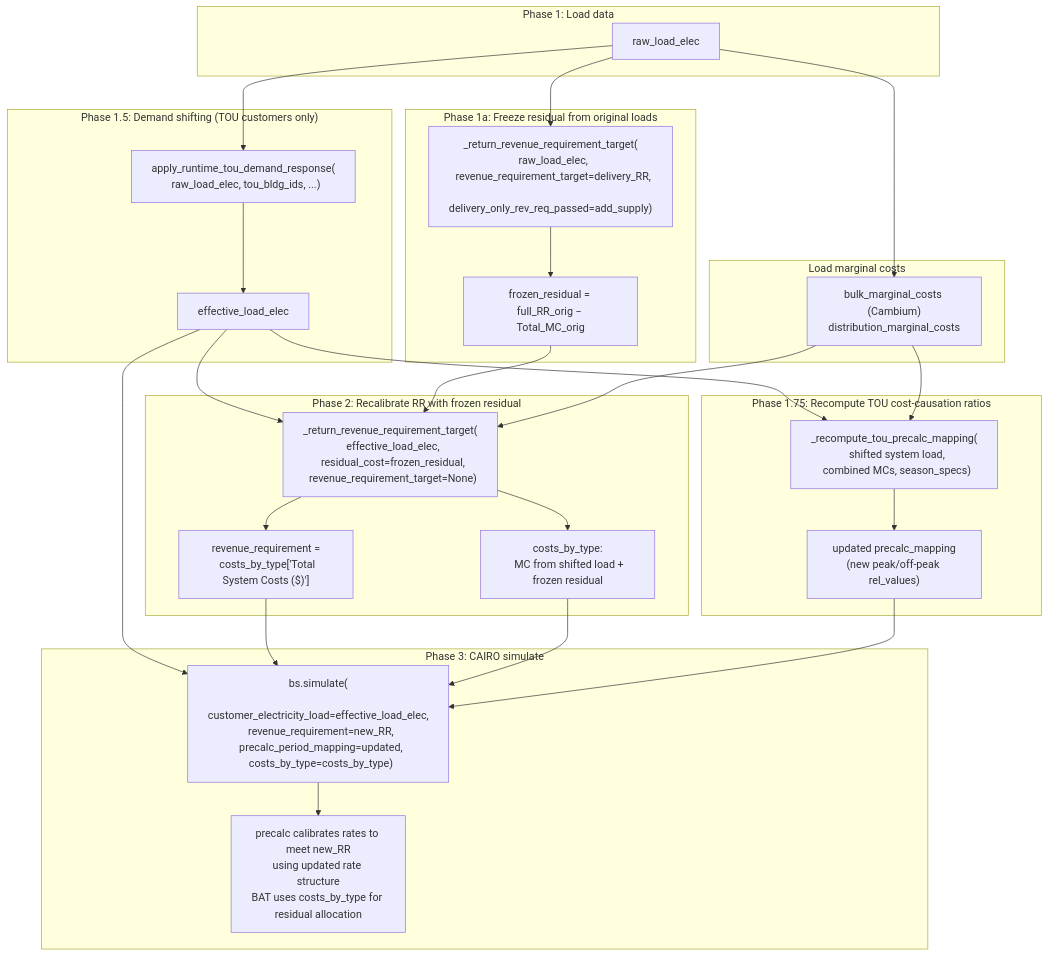
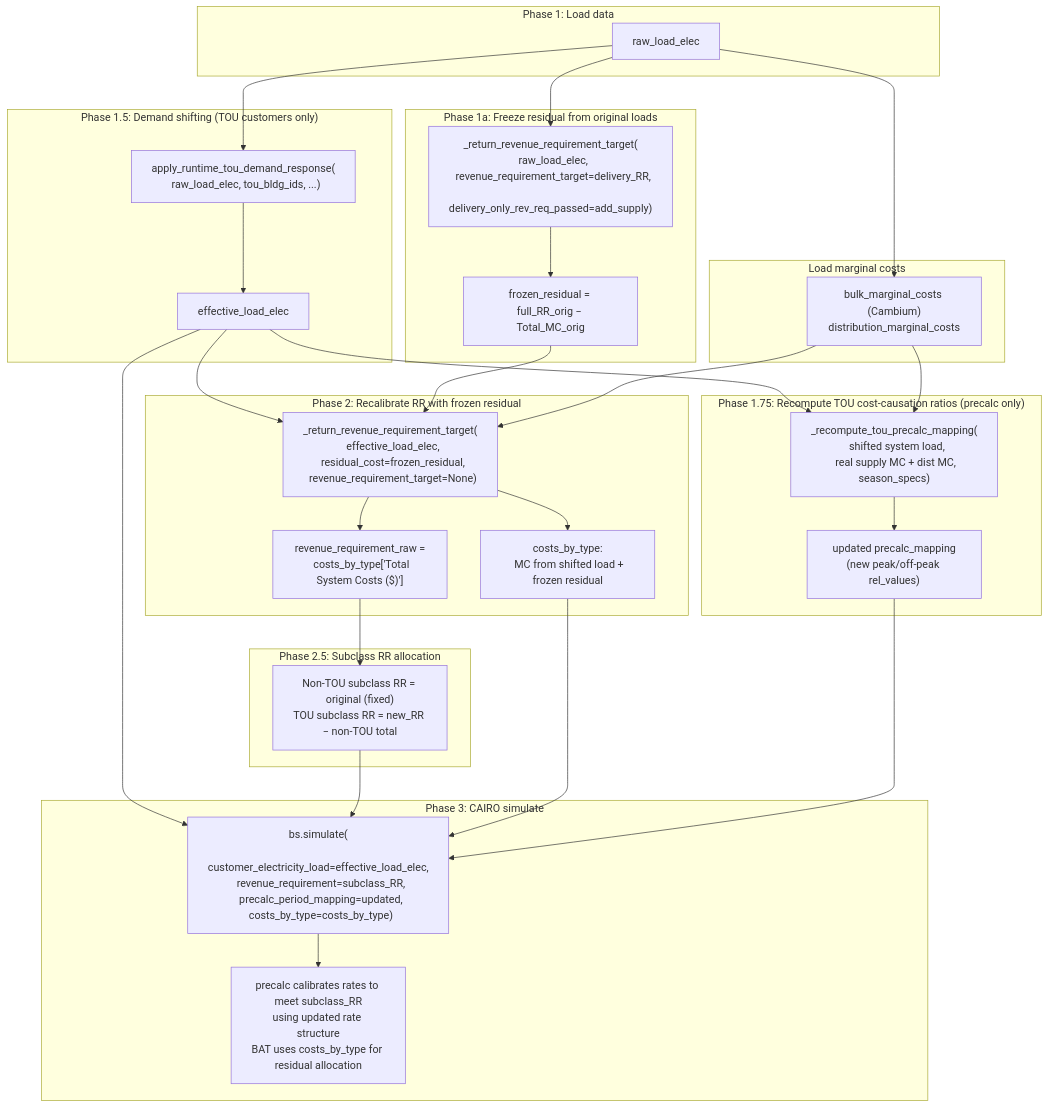
The diagram in context/tools/cairo_demand_flexibility_workflow.md (switchbox-data/rate-design-platform), drawn with Mermaid before and after one commit. The commit also changed other lines of this file and 4 other files, not shown here.

````diff
--- a/context/tools/cairo_demand_flexibility_workflow.md
+++ b/context/tools/cairo_demand_flexibility_workflow.md
@@ -46,42 +46,46 @@
 ```mermaid
 flowchart TD
     subgraph phase1 ["Phase 1: Load data"]
         A[raw_load_elec]
     end
 
     subgraph mc ["Load marginal costs"]
         A --> MC["bulk_marginal_costs (Cambium)\ndistribution_marginal_costs"]
     end
 
     subgraph phase1a ["Phase 1a: Freeze residual from original loads"]
         A --> B["_return_revenue_requirement_target(\n  raw_load_elec,\n  revenue_requirement_target=delivery_RR,\n  delivery_only_rev_req_passed=add_supply)"]
         B --> C["frozen_residual = full_RR_orig − Total_MC_orig"]
     end
 
     subgraph phase1b ["Phase 1.5: Demand shifting (TOU customers only)"]
         A --> D["apply_runtime_tou_demand_response(\n  raw_load_elec, tou_bldg_ids, ...)"]
         D --> E[effective_load_elec]
     end
 
-    subgraph phase175 ["Phase 1.75: Recompute TOU cost-causation ratios"]
-        E --> CC["_recompute_tou_precalc_mapping(\n  shifted system load,\n  combined MCs, season_specs)"]
+    subgraph phase175 ["Phase 1.75: Recompute TOU cost-causation ratios (precalc only)"]
+        E --> CC["_recompute_tou_precalc_mapping(\n  shifted system load,\n  real supply MC + dist MC, season_specs)"]
         MC --> CC
         CC --> PM["updated precalc_mapping\n(new peak/off-peak rel_values)"]
     end
 
     subgraph phase2 ["Phase 2: Recalibrate RR with frozen residual"]
         E --> F["_return_revenue_requirement_target(\n  effective_load_elec,\n  residual_cost=frozen_residual,\n  revenue_requirement_target=None)"]
         C --> F
         MC --> F
         F --> G["costs_by_type:\n  MC from shifted load + frozen residual"]
-        F --> H["revenue_requirement =\n  costs_by_type['Total System Costs ($)']"]
+        F --> H["revenue_requirement_raw =\n  costs_by_type['Total System Costs ($)']"]
+    end
+
+    subgraph phase25 ["Phase 2.5: Subclass RR allocation"]
+        H --> RR["Non-TOU subclass RR = original (fixed)\nTOU subclass RR = new_RR − non-TOU total"]
     end
 
     subgraph phase3 ["Phase 3: CAIRO simulate"]
-        E --> I["bs.simulate(\n  customer_electricity_load=effective_load_elec,\n  revenue_requirement=new_RR,\n  precalc_period_mapping=updated,\n  costs_by_type=costs_by_type)"]
-        H --> I
+        E --> I["bs.simulate(\n  customer_electricity_load=effective_load_elec,\n  revenue_requirement=subclass_RR,\n  precalc_period_mapping=updated,\n  costs_by_type=costs_by_type)"]
+        RR --> I
         G --> I
         PM --> I
-        I --> J["precalc calibrates rates to meet new_RR\nusing updated rate structure\nBAT uses costs_by_type for residual allocation"]
+        I --> J["precalc calibrates rates to meet subclass_RR\nusing updated rate structure\nBAT uses costs_by_type for residual allocation"]
     end
 ```
````
